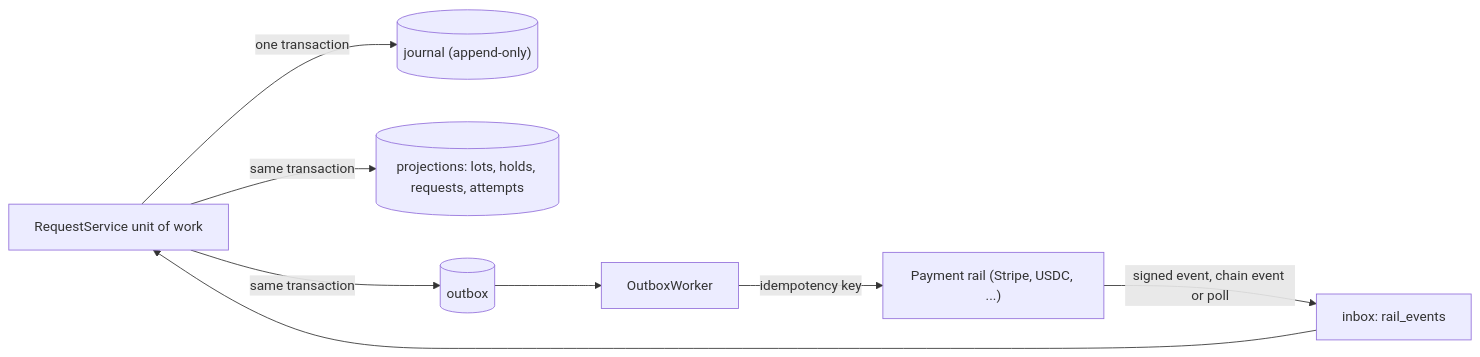
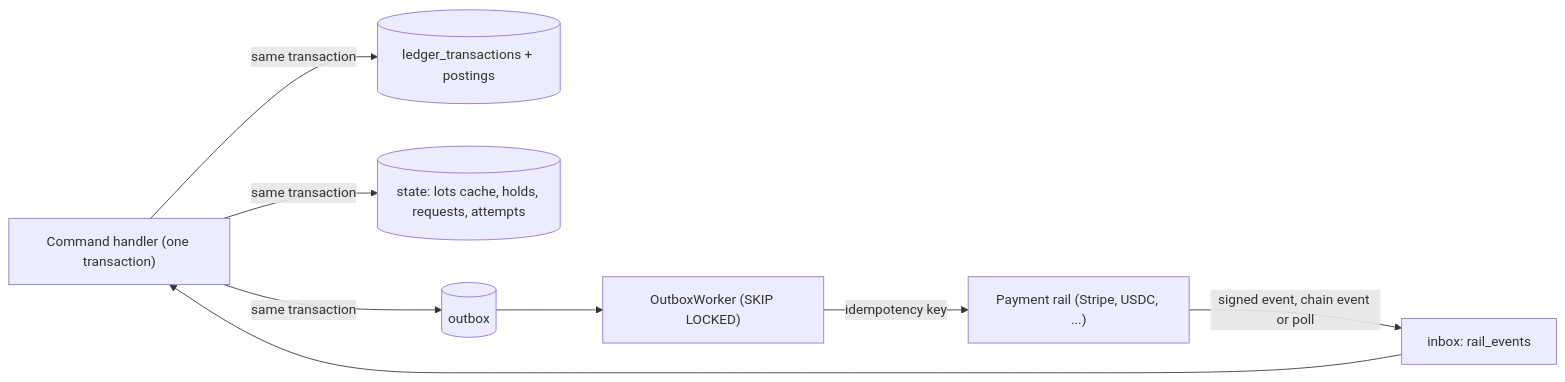
Before and after one commit to qzyu999/inference-exchange: the sixth of 6 diagrams in docs/design/paid-path-architecture.md, drawn with Mermaid. The commit also changed other lines of this file and 14 other files, not shown here.

First line of the commit message:
docs(paid): slice 0 - PostgreSQL, postings ledger, modes, vendor/provider split (#333)

````diff
--- a/docs/design/paid-path-architecture.md
+++ b/docs/design/paid-path-architecture.md
@@ -624,10 +704,10 @@
 ```mermaid
 flowchart LR
-    Cmd["RequestService unit of work"] -->|"one transaction"| J[("journal (append-only)")]
-    Cmd -->|"same transaction"| P[("projections: lots, holds, requests, attempts")]
+    Cmd["Command handler (one transaction)"] -->|"same transaction"| L[("ledger_transactions + postings")]
+    Cmd -->|"same transaction"| S[("state: lots cache, holds, requests, attempts")]
     Cmd -->|"same transaction"| O[("outbox")]
-    O --> W["OutboxWorker"]
+    O --> W["OutboxWorker (SKIP LOCKED)"]
     W -->|"idempotency key"| Ext["Payment rail (Stripe, USDC, ...)"]
     Ext -->|"signed event, chain event or poll"| In["inbox: rail_events"]
     In --> Cmd
 ```
````
